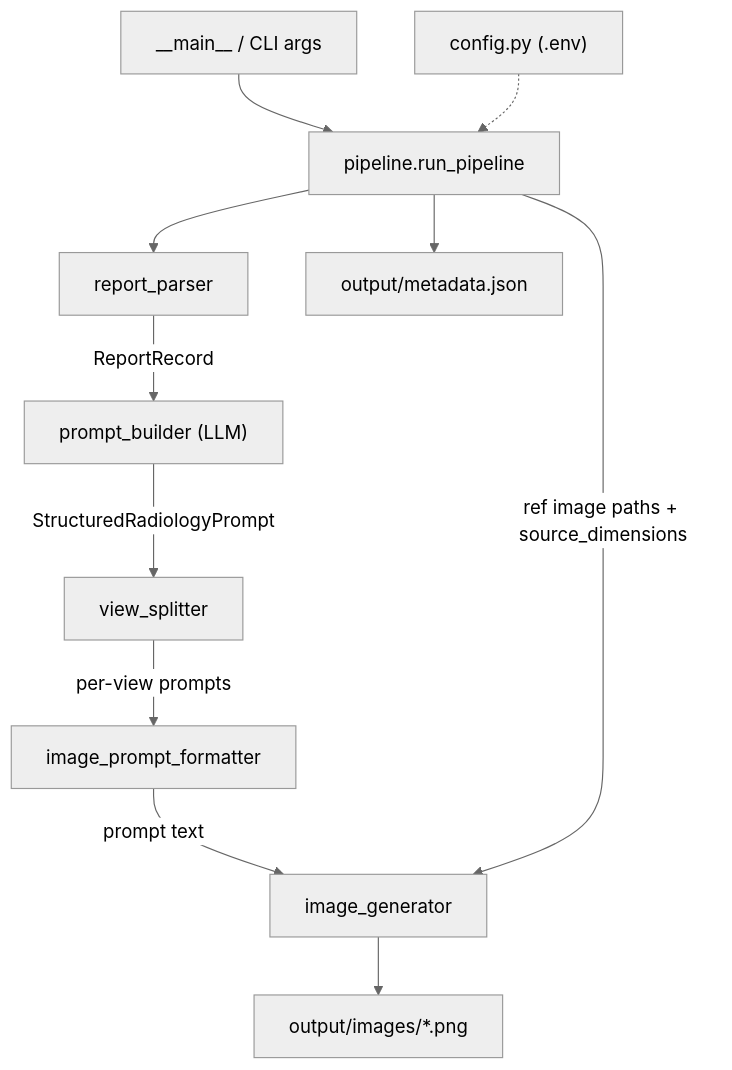
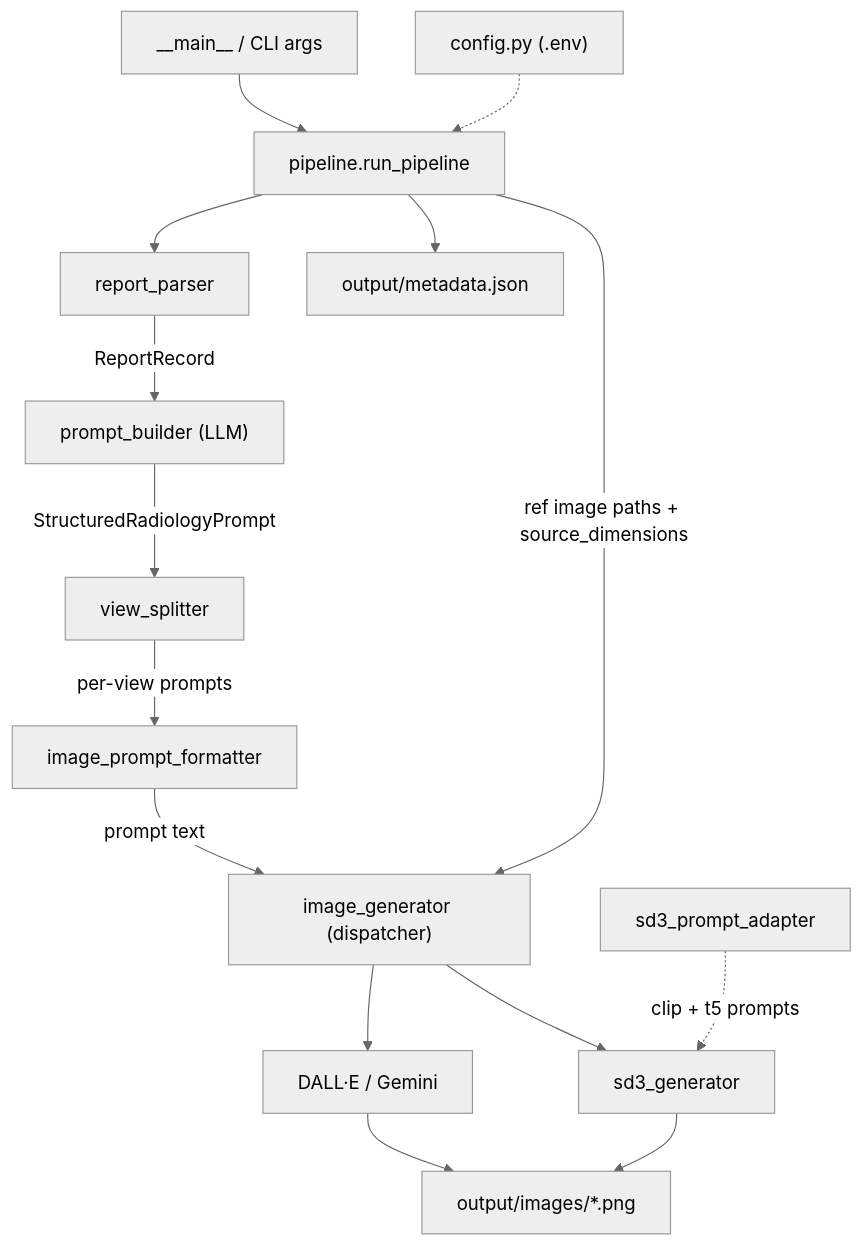
Before and after one commit to whiteflags26/synth-dataset-pipeline: the diagram in ARCHITECTURE.md, drawn with Mermaid (neutral theme). The commit also changed other lines of this file and 12 other files, not shown here.

````diff
--- a/ARCHITECTURE.md
+++ b/ARCHITECTURE.md
@@ -58,13 +63,17 @@
 ```mermaid
 flowchart TD
     CLI["__main__ / CLI args"] --> ORCH["pipeline.run_pipeline"]
     CFG["config.py (.env)"] -.-> ORCH
     ORCH --> RP["report_parser"]
     RP -- ReportRecord --> PB["prompt_builder (LLM)"]
     PB -- StructuredRadiologyPrompt --> VS["view_splitter"]
     VS -- per-view prompts --> FMT["image_prompt_formatter"]
-    FMT -- prompt text --> IG["image_generator"]
+    FMT -- prompt text --> IG["image_generator (dispatcher)"]
     ORCH -- ref image paths + source_dimensions --> IG
-    IG --> OUT["output/images/*.png"]
+    IG --> API["DALL·E / Gemini"]
+    IG --> SD3["sd3_generator"]
+    PA["sd3_prompt_adapter"] -. clip + t5 prompts .-> SD3
+    API --> OUT["output/images/*.png"]
+    SD3 --> OUT
     ORCH --> META["output/metadata.json"]
 ```
````
